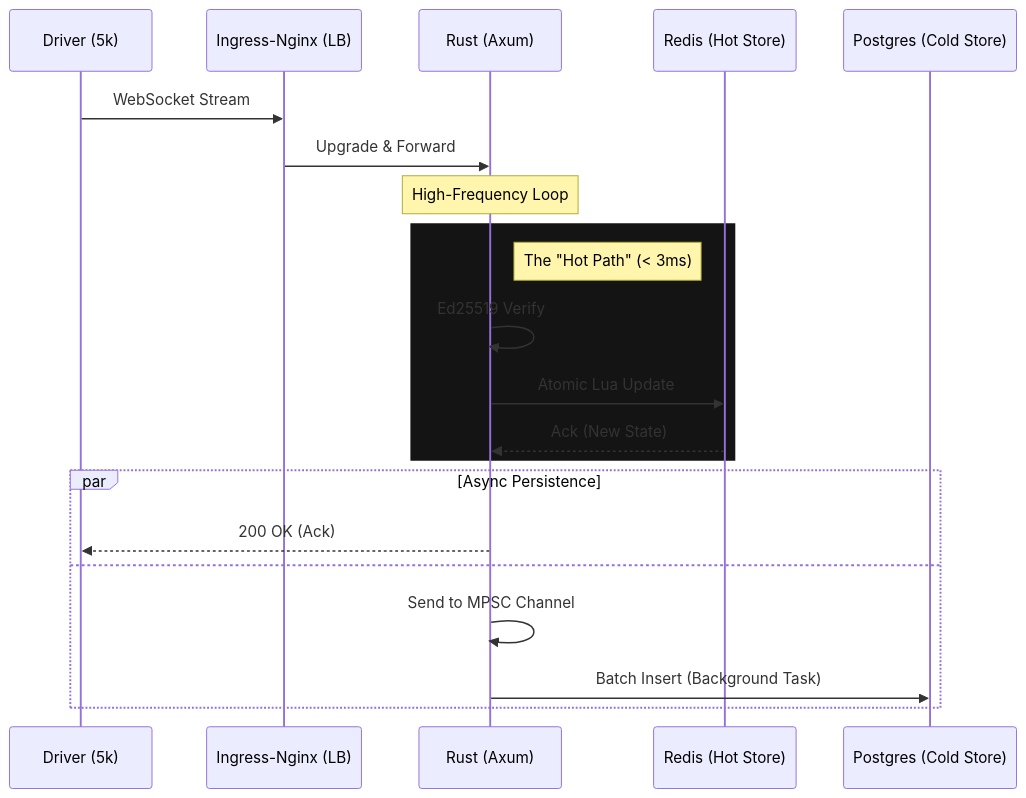
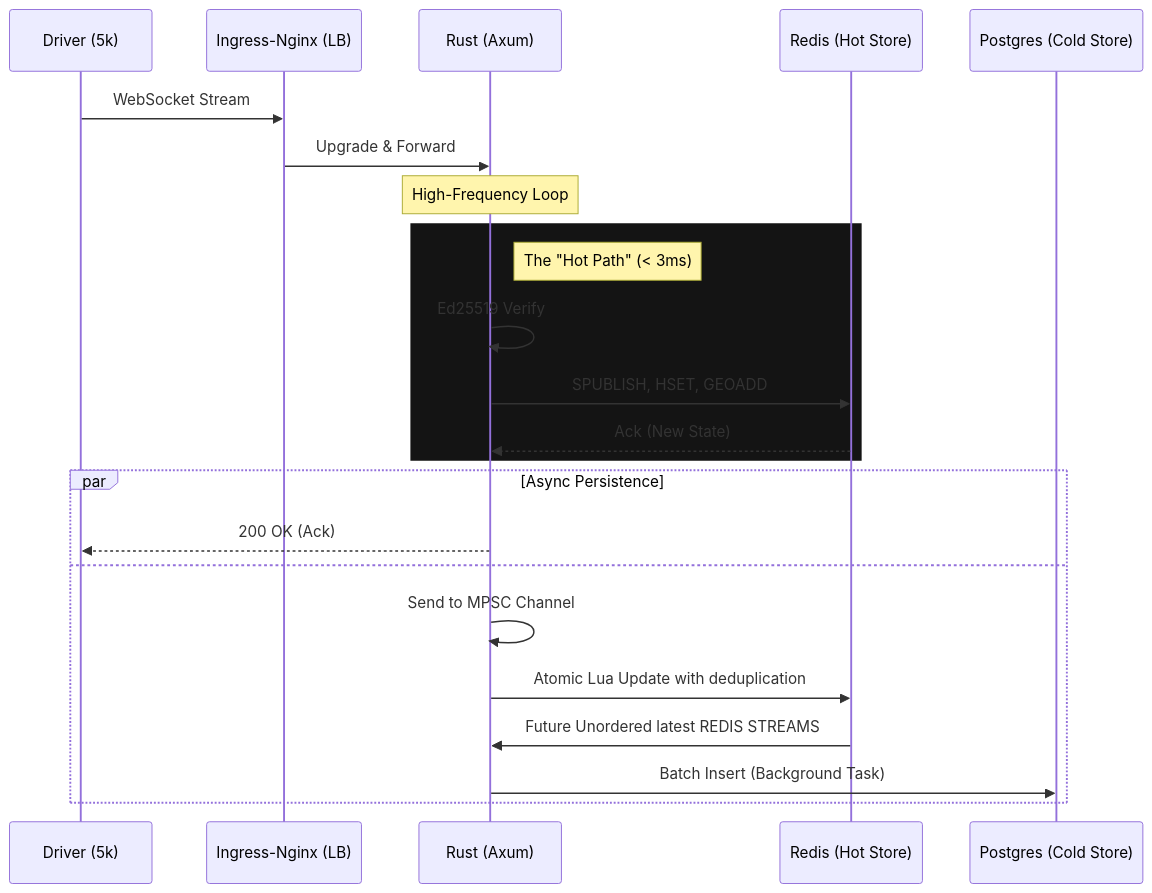
One commit to fossabot/high-concurrency-logistics-engine changed the first of 2 diagrams in README.md. Above: the diagram before and after it, drawn with Mermaid.

````diff
--- a/README.md
+++ b/README.md
@@ -61,27 +61,29 @@
 ```mermaid
 sequenceDiagram
     participant C as Driver (5k)
     participant N as Ingress-Nginx (LB)
     participant R as Rust (Axum)
     participant D as Redis (Hot Store)
     participant P as Postgres (Cold Store)
 
     C->>N: WebSocket Stream
     N->>R: Upgrade & Forward
     
     Note over R: High-Frequency Loop
     
     rect rgb(20, 20, 20)
         Note right of R: The "Hot Path" (< 3ms)
         R->>R: Ed25519 Verify
-        R->>D: Atomic Lua Update
+        R->>D: SPUBLISH, HSET, GEOADD
         D-->>R: Ack (New State)
     end
 
     par Async Persistence
         R-->>C: 200 OK (Ack)
         and
         R->>R: Send to MPSC Channel
+        R->>D: Atomic Lua Update with deduplication
+        D->>R: Future Unordered latest REDIS STREAMS
         R->>P: Batch Insert (Background Task)
     end
 ```
````
